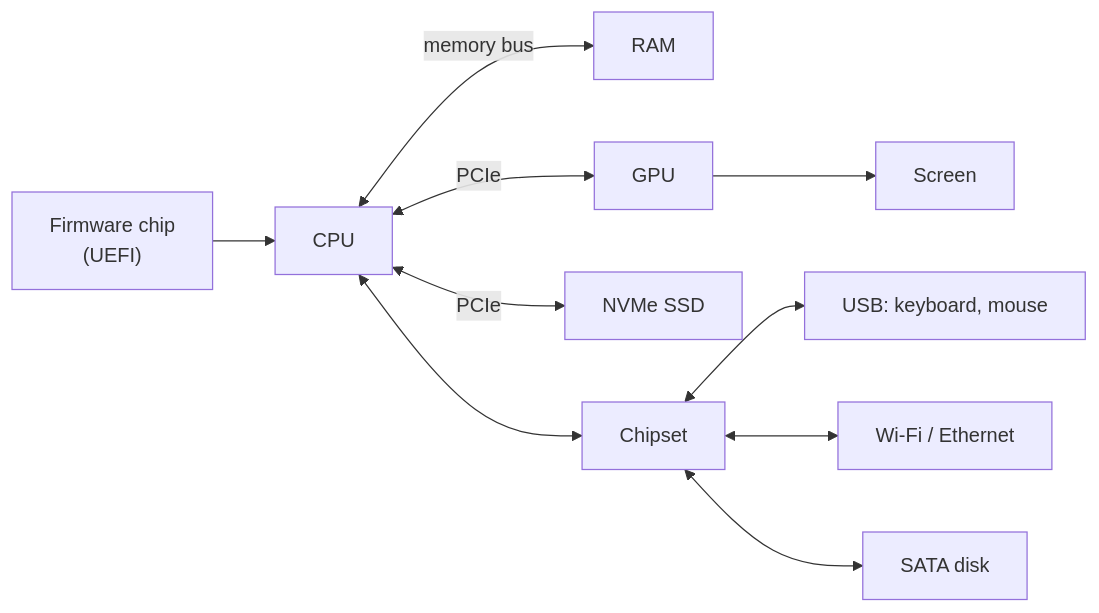
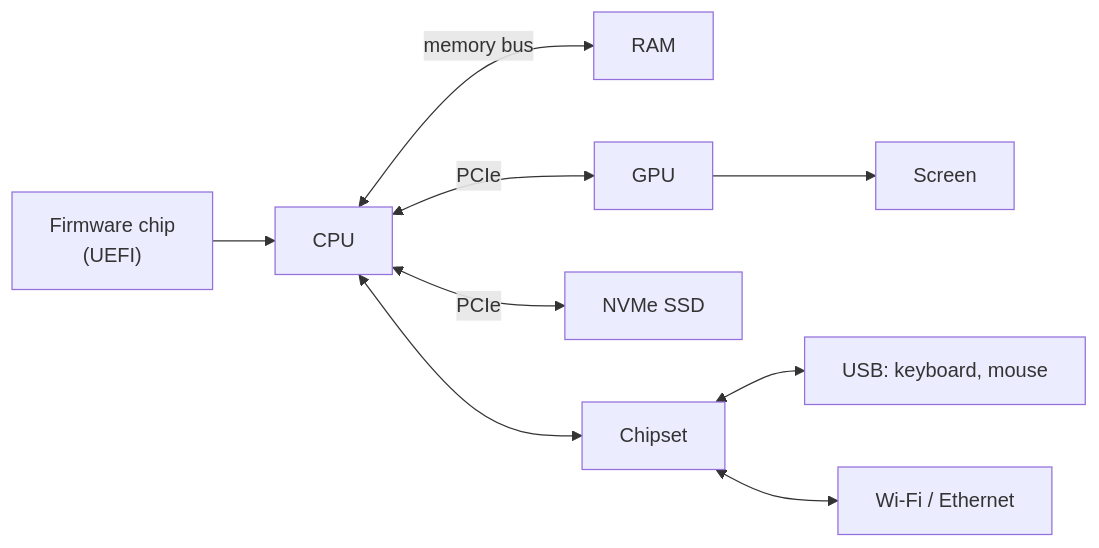
Before and after one commit to sathsure/Tech-Mastery-Hub: the first of 3 diagrams in interview/under-the-hood/12-CPU-RAM-Boot-and-Files.md, drawn with Mermaid. The commit also changed other lines of this file and 69 other files, not shown here.

````diff
--- a/interview/under-the-hood/12-CPU-RAM-Boot-and-Files.md
+++ b/interview/under-the-hood/12-CPU-RAM-Boot-and-Files.md
@@ -27,11 +32,10 @@
 ```mermaid
 flowchart LR
   ROM["Firmware chip<br/>(UEFI)"] --> CPU
   CPU <-->|"memory bus"| RAM
   CPU <-->|"PCIe"| GPU --> Screen
   CPU <-->|"PCIe"| SSD["NVMe SSD"]
   CPU <--> CH["Chipset"]
   CH <--> USB["USB: keyboard, mouse"]
   CH <--> NET["Wi-Fi / Ethernet"]
-  CH <--> HDD["SATA disk"]
 ```
````
